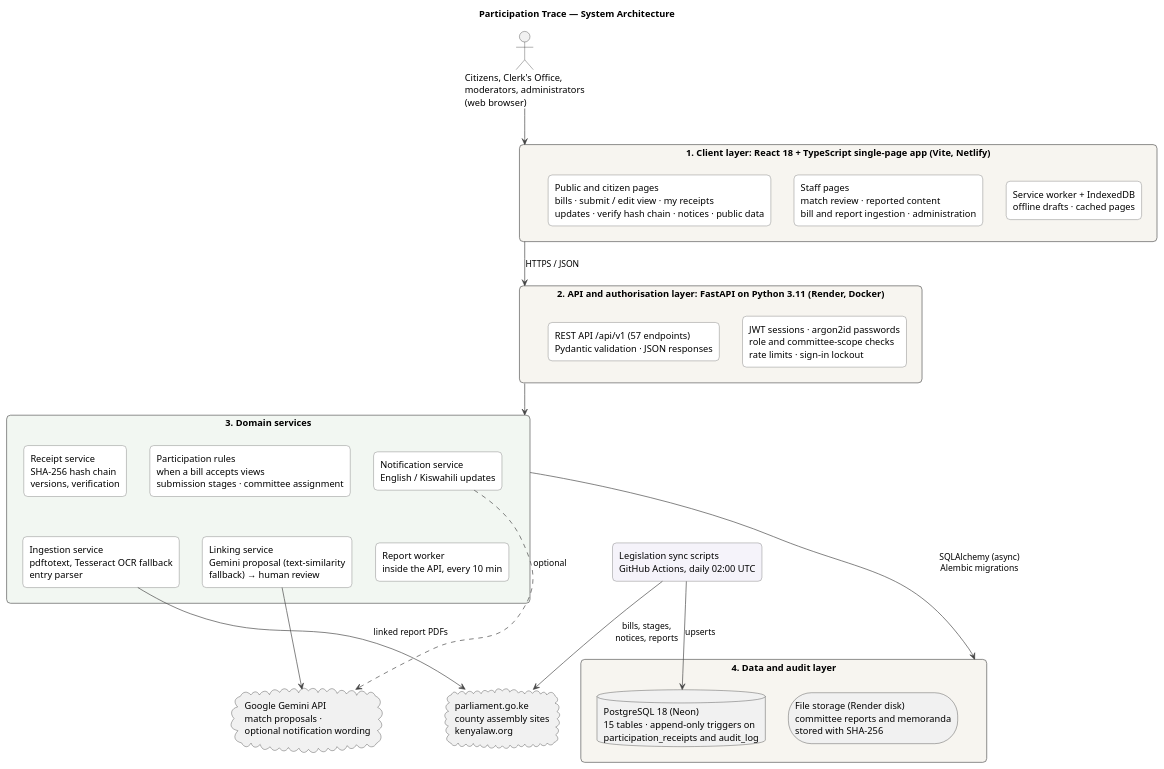
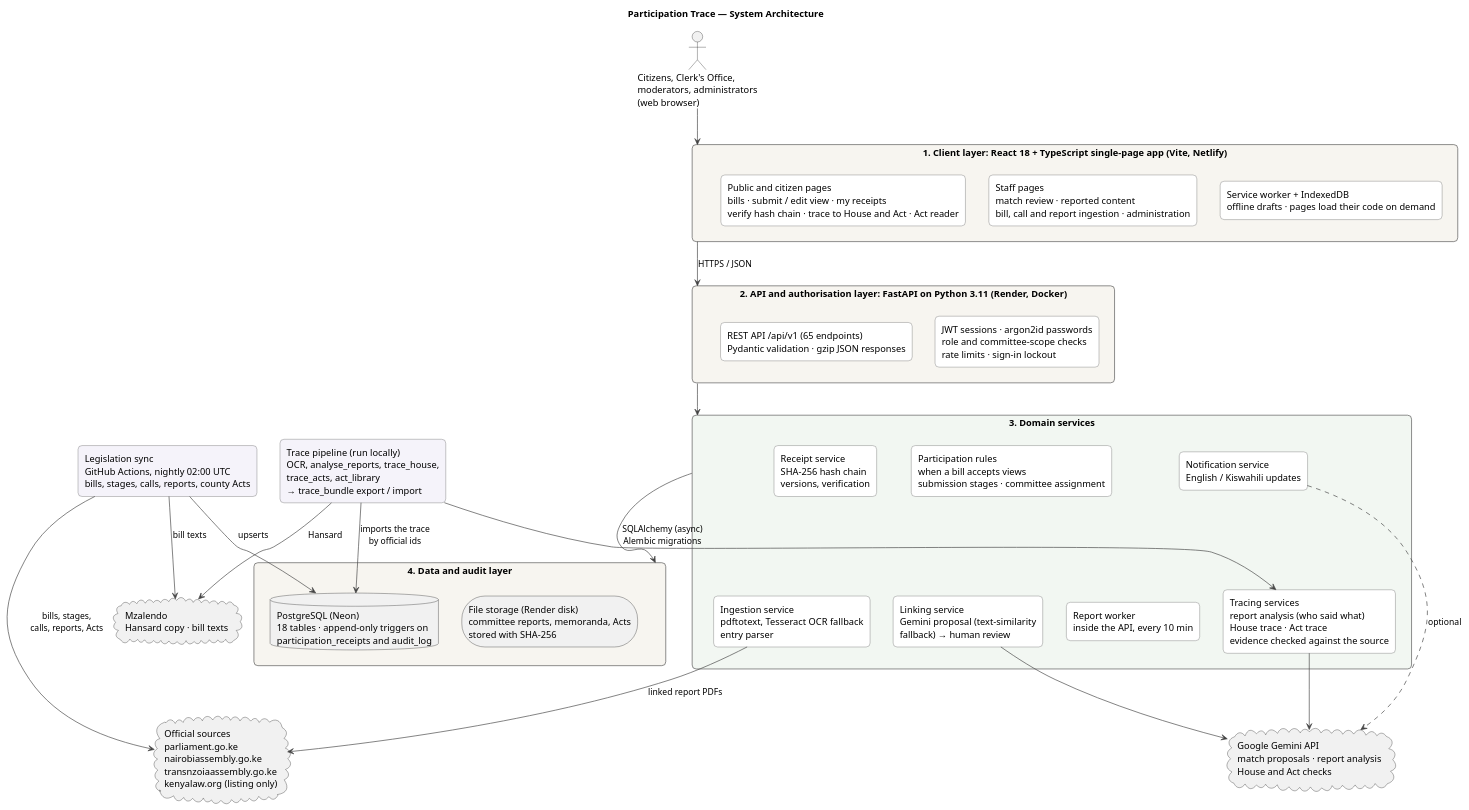
The diagram in docs/diagrams/architecture.puml (WamalwaSydney/submission_to_decision), drawn with PlantUML before and after one commit. The commit also changed 10 other files, not shown here.

Commit message:
Update diagrams for House and Act tracing; README technical requirements and current status

```diff
--- a/docs/diagrams/architecture.puml
+++ b/docs/diagrams/architecture.puml
@@ -1,65 +1,75 @@
 @startuml architecture
 title Participation Trace — System Architecture
 skinparam shadowing false
 skinparam defaultFontName Arial
 skinparam rectangle {
   BackgroundColor #FFFFFF
   BorderColor #555555
   RoundCorner 12
 }
 skinparam ArrowColor #444444
 top to bottom direction
 
 actor "Citizens, Clerk's Office,\nmoderators, administrators\n(web browser)" as Users
 
 rectangle "1. Client layer: React 18 + TypeScript single-page app (Vite, Netlify)" as Client #F7F5F0 {
-  rectangle "Public and citizen pages\nbills · submit / edit view · my receipts\nupdates · verify hash chain · notices · public data" as PublicPages
-  rectangle "Staff pages\nmatch review · reported content\nbill and report ingestion · administration" as StaffPages
-  rectangle "Service worker + IndexedDB\noffline drafts · cached pages" as Offline
+  rectangle "Public and citizen pages\nbills · submit / edit view · my receipts\nverify hash chain · trace to House and Act · Act reader" as PublicPages
+  rectangle "Staff pages\nmatch review · reported content\nbill, call and report ingestion · administration" as StaffPages
+  rectangle "Service worker + IndexedDB\noffline drafts · pages load their code on demand" as Offline
 }
 
 rectangle "2. API and authorisation layer: FastAPI on Python 3.11 (Render, Docker)" as Api #F7F5F0 {
-  rectangle "REST API /api/v1 (57 endpoints)\nPydantic validation · JSON responses" as Rest
+  rectangle "REST API /api/v1 (65 endpoints)\nPydantic validation · gzip JSON responses" as Rest
   rectangle "JWT sessions · argon2id passwords\nrole and committee-scope checks\nrate limits · sign-in lockout" as Security
 }
 
 rectangle "3. Domain services" as Services #F2F7F2 {
   rectangle "Receipt service\nSHA-256 hash chain\nversions, verification" as ReceiptSvc
   rectangle "Participation rules\nwhen a bill accepts views\nsubmission stages · committee assignment" as Rules
   rectangle "Notification service\nEnglish / Kiswahili updates" as NotifySvc
   rectangle "Ingestion service\npdftotext, Tesseract OCR fallback\nentry parser" as IngestSvc
   rectangle "Linking service\nGemini proposal (text-similarity\nfallback) → human review" as LinkSvc
   rectangle "Report worker\ninside the API, every 10 min" as Worker
+  rectangle "Tracing services\nreport analysis (who said what)\nHouse trace · Act trace\nevidence checked against the source" as TraceSvc
 }
 
 rectangle "4. Data and audit layer" as Data #F7F5F0 {
-  database "PostgreSQL 18 (Neon)\n15 tables · append-only triggers on\nparticipation_receipts and audit_log" as Db
-  storage "File storage (Render disk)\ncommittee reports and memoranda\nstored with SHA-256" as Files
+  database "PostgreSQL (Neon)\n18 tables · append-only triggers on\nparticipation_receipts and audit_log" as Db
+  storage "File storage (Render disk)\ncommittee reports, memoranda, Acts\nstored with SHA-256" as Files
 }
 
-rectangle "Legislation sync scripts\nGitHub Actions, daily 02:00 UTC" as Sync #F5F3FA
+rectangle "Legislation sync\nGitHub Actions, nightly 02:00 UTC\nbills, stages, calls, reports, county Acts" as Sync #F5F3FA
+rectangle "Trace pipeline (run locally)\nOCR, analyse_reports, trace_house,\ntrace_acts, act_library\n→ trace_bundle export / import" as Pipeline #F5F3FA
 
-cloud "Google Gemini API\nmatch proposals ·\noptional notification wording" as Gemini
-cloud "parliament.go.ke\ncounty assembly sites\nkenyalaw.org" as Sources
+cloud "Google Gemini API\nmatch proposals · report analysis\nHouse and Act checks" as Gemini
+cloud "Official sources\nparliament.go.ke\nnairobiassembly.go.ke\ntransnzoiaassembly.go.ke\nkenyalaw.org (listing only)" as Sources
+cloud "Mzalendo\nHansard copy · bill texts" as Mzalendo
 
 Users --> Client
 Client --> Api : HTTPS / JSON
 Api --> Services
 Services --> Data : SQLAlchemy (async)\nAlembic migrations
 
 LinkSvc --> Gemini
+TraceSvc --> Gemini
 NotifySvc ..> Gemini : optional
 IngestSvc --> Sources : linked report PDFs
-Sync --> Sources : bills, stages,\nnotices, reports
+Sync --> Sources : bills, stages,\ncalls, reports, Acts
+Sync --> Mzalendo : bill texts
 Sync --> Db : upserts
+Pipeline --> TraceSvc
+Pipeline --> Mzalendo : Hansard
+Pipeline --> Db : imports the trace\nby official ids
 
 PublicPages -[hidden]right- StaffPages
 StaffPages -[hidden]right- Offline
 Rest -[hidden]right- Security
 ReceiptSvc -[hidden]right- Rules
 Rules -[hidden]right- NotifySvc
 IngestSvc -[hidden]right- LinkSvc
 LinkSvc -[hidden]right- Worker
+Worker -[hidden]right- TraceSvc
 ReceiptSvc -[hidden]down- IngestSvc
 Db -[hidden]right- Files
+Sync -[hidden]right- Pipeline
 @enduml
```
